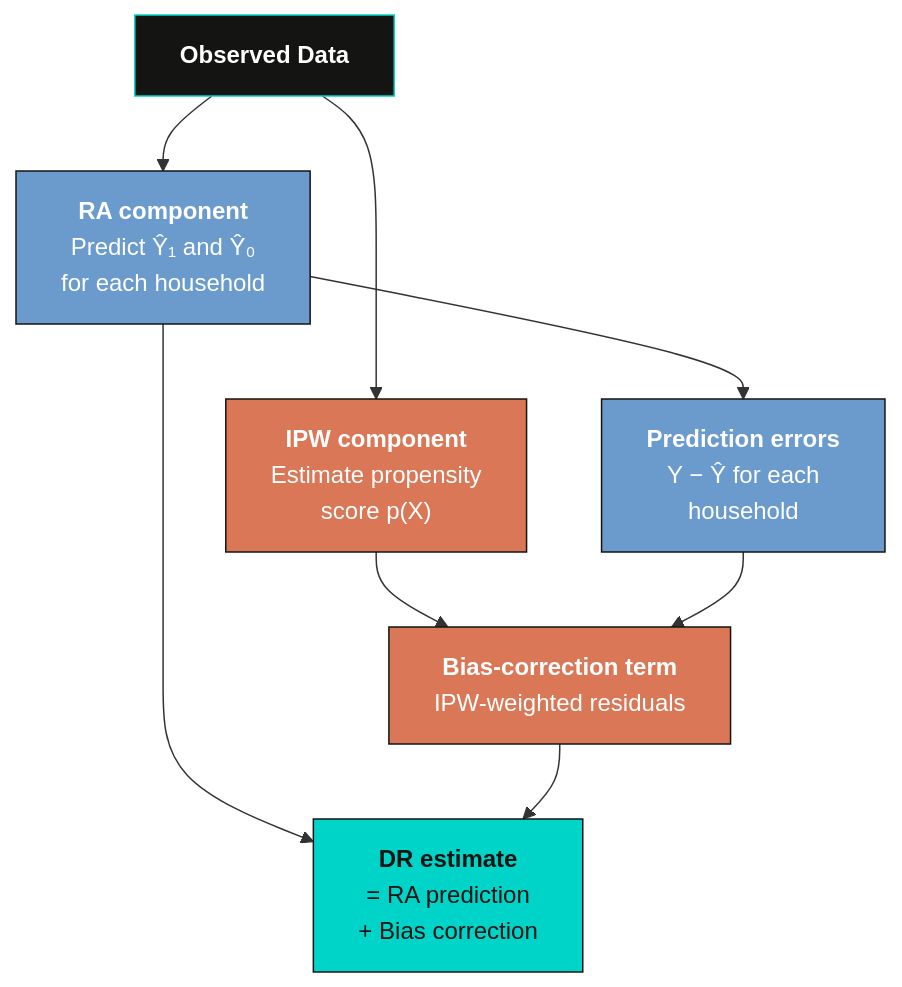
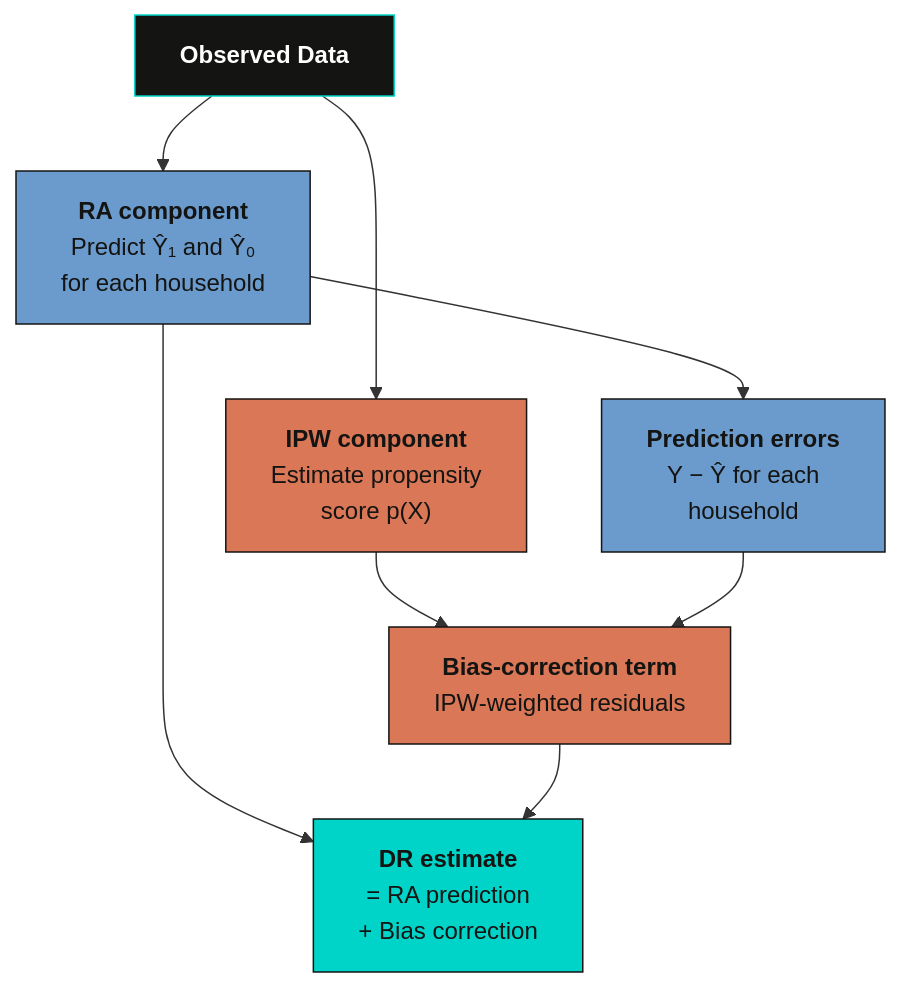
One commit to cmg777/starter-academic-v501 changed the fifth of 8 diagrams in content/post/stata_rct/index.md. Above: the diagram before and after it, drawn with Mermaid. The commit also changed other lines of this file and 67 other files, not shown here.

First line of the commit message:
fix(mermaid): readable diagram text in both themes across the site

````diff
--- a/content/post/stata_rct/index.md
+++ b/content/post/stata_rct/index.md
@@ -720,24 +720,24 @@
 ```mermaid
 graph TD
     DATA["<b>Observed Data</b>"]
     RA_C["<b>RA component</b><br/>Predict Ŷ₁ and Ŷ₀<br/>for each household"]
     IPW_C["<b>IPW component</b><br/>Estimate propensity<br/>score p(X)"]
     RESID["<b>Prediction errors</b><br/>Y − Ŷ for each<br/>household"]
     CORRECT["<b>Bias-correction term</b><br/>IPW-weighted residuals"]
     DR["<b>DR estimate</b><br/>= RA prediction<br/>+ Bias correction"]
 
     DATA --> RA_C
     DATA --> IPW_C
     RA_C --> RESID
     IPW_C --> CORRECT
     RESID --> CORRECT
     RA_C --> DR
     CORRECT --> DR
 
     style DATA fill:#141413,stroke:#00d4c8,color:#fff
-    style RA_C fill:#6a9bcc,stroke:#141413,color:#fff
-    style IPW_C fill:#d97757,stroke:#141413,color:#fff
-    style RESID fill:#6a9bcc,stroke:#141413,color:#fff
-    style CORRECT fill:#d97757,stroke:#141413,color:#fff
+    style RA_C fill:#6a9bcc,stroke:#141413,color:#141413
+    style IPW_C fill:#d97757,stroke:#141413,color:#141413
+    style RESID fill:#6a9bcc,stroke:#141413,color:#141413
+    style CORRECT fill:#d97757,stroke:#141413,color:#141413
     style DR fill:#00d4c8,stroke:#141413,color:#141413
 ```
````
